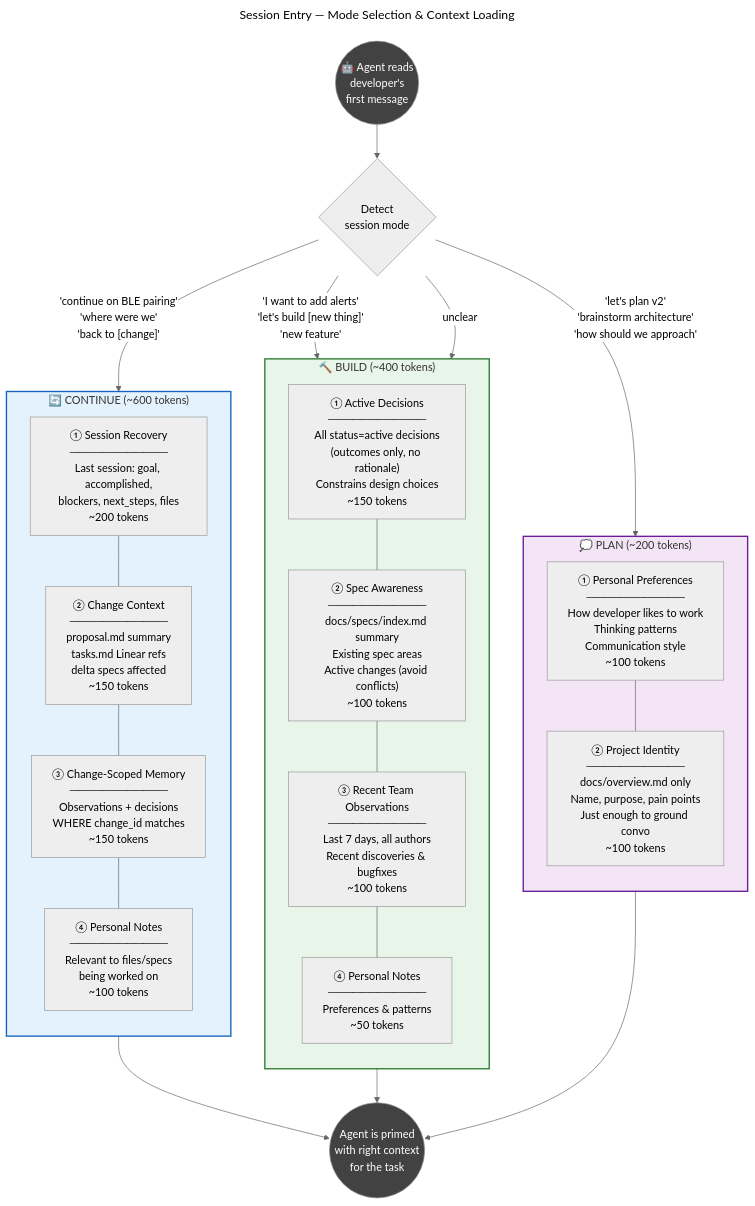
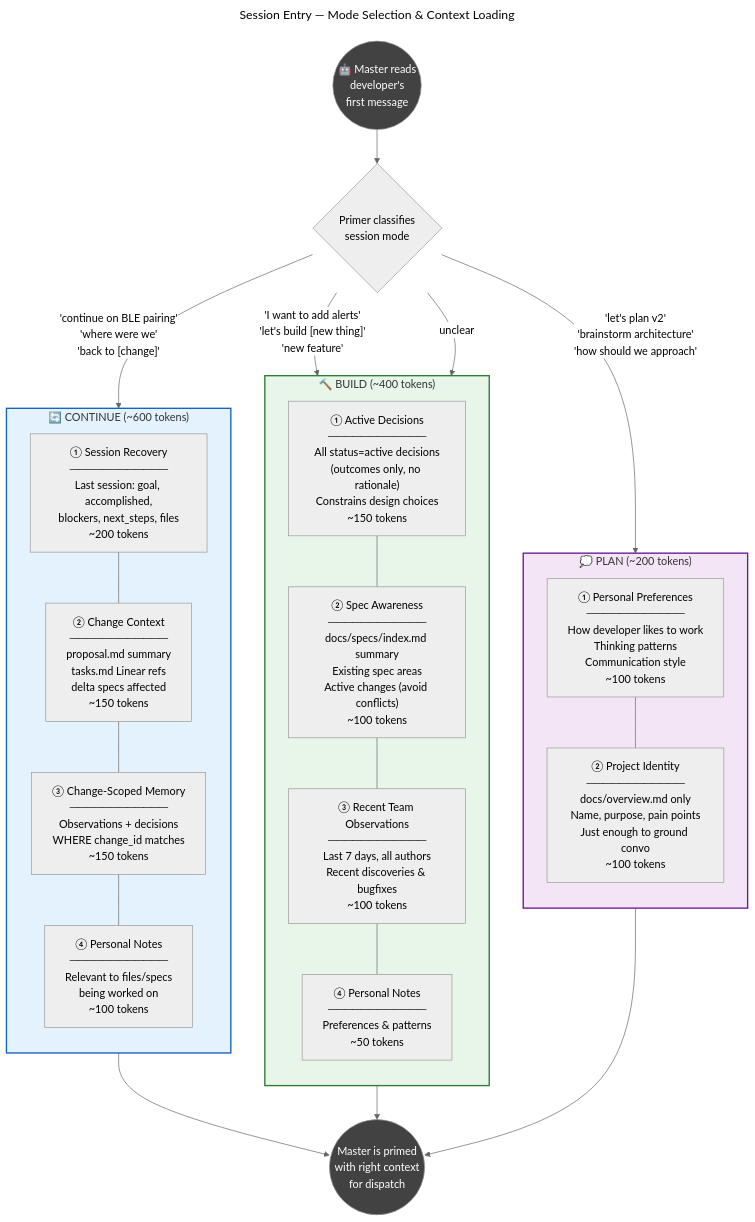
One commit to AngelMaldonado/cx changed the diagram in docs/specs/session-modes/diagrams/05-session-entry-modes.mermaid. Above: the diagram before and after it, drawn with Mermaid (neutral theme). The commit also changed 63 other files, not shown here.

```diff
--- a/docs/specs/session-modes/diagrams/05-session-entry-modes.mermaid
+++ b/docs/specs/session-modes/diagrams/05-session-entry-modes.mermaid
@@ -1,45 +1,45 @@
 ---
 title: "Session Entry — Mode Selection & Context Loading"
 ---
 flowchart TD
-    START(("🤖 Agent reads\ndeveloper's\nfirst message")) --> DETECT{"Detect\nsession mode"}
+    START(("🤖 Master reads\ndeveloper's\nfirst message")) --> DETECT{"Primer classifies\nsession mode"}
 
     DETECT -->|"'continue on BLE pairing'\n'where were we'\n'back to [change]'"| CONTINUE
     DETECT -->|"'I want to add alerts'\n'let's build [new thing]'\n'new feature'"| BUILD
     DETECT -->|"'let's plan v2'\n'brainstorm architecture'\n'how should we approach'"| PLAN
     DETECT -->|"unclear"| BUILD
 
     subgraph CONTINUE["🔄 CONTINUE (~600 tokens)"]
         direction TB
         C1["① Session Recovery\n────────────\nLast session: goal, accomplished,\nblockers, next_steps, files\n~200 tokens"]
         C2["② Change Context\n────────────\nproposal.md summary\ntasks.md Linear refs\ndelta specs affected\n~150 tokens"]
         C3["③ Change-Scoped Memory\n────────────\nObservations + decisions\nWHERE change_id matches\n~150 tokens"]
         C4["④ Personal Notes\n────────────\nRelevant to files/specs\nbeing worked on\n~100 tokens"]
         C1 --- C2 --- C3 --- C4
     end
 
     subgraph BUILD["🔨 BUILD (~400 tokens)"]
         direction TB
         B1["① Active Decisions\n────────────\nAll status=active decisions\n(outcomes only, no rationale)\nConstrains design choices\n~150 tokens"]
         B2["② Spec Awareness\n────────────\ndocs/specs/index.md summary\nExisting spec areas\nActive changes (avoid conflicts)\n~100 tokens"]
         B3["③ Recent Team Observations\n────────────\nLast 7 days, all authors\nRecent discoveries & bugfixes\n~100 tokens"]
         B4["④ Personal Notes\n────────────\nPreferences & patterns\n~50 tokens"]
         B1 --- B2 --- B3 --- B4
     end
 
     subgraph PLAN["💭 PLAN (~200 tokens)"]
         direction TB
         P1["① Personal Preferences\n────────────\nHow developer likes to work\nThinking patterns\nCommunication style\n~100 tokens"]
         P2["② Project Identity\n────────────\ndocs/overview.md only\nName, purpose, pain points\nJust enough to ground convo\n~100 tokens"]
         P1 --- P2
     end
 
-    CONTINUE --> READY(("Agent is primed\nwith right context\nfor the task"))
+    CONTINUE --> READY(("Master is primed\nwith right context\nfor dispatch"))
     BUILD --> READY
     PLAN --> READY
 
     style CONTINUE fill:#e3f2fd,stroke:#1565c0,stroke-width:2px
     style BUILD fill:#e8f5e9,stroke:#2e7d32,stroke-width:2px
     style PLAN fill:#f3e5f5,stroke:#6a1b9a,stroke-width:2px
     style START fill:#424242,color:#fff
     style READY fill:#424242,color:#fff
```
